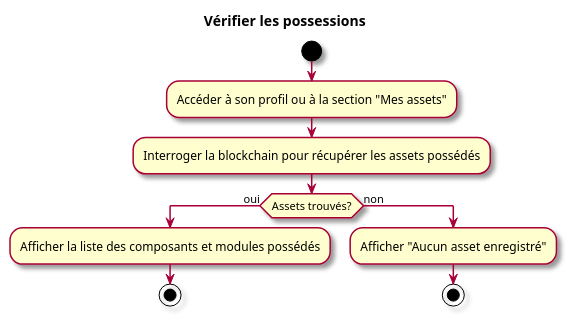
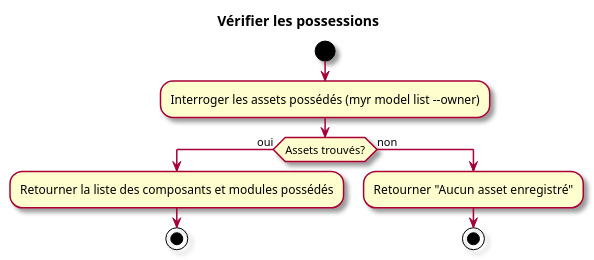
Before and after one commit to olivaux/myr: the second of 2 diagrams in specs/1-Expression/UCA-Compte_et_Acces/UCA06.md, drawn with PlantUML. The commit also changed other lines of this file and 65 other files, not shown here.

````diff
--- a/specs/1-Expression/UCA-Compte_et_Acces/UCA06.md
+++ b/specs/1-Expression/UCA-Compte_et_Acces/UCA06.md
@@ -57,16 +57,15 @@
 ```plantuml
 @startuml
 skin rose
 title Vérifier les possessions
 start
-:Accéder à son profil ou à la section "Mes assets";
-:Interroger la blockchain pour récupérer les assets possédés;
+:Interroger les assets possédés (myr model list --owner);
 if (Assets trouvés?) then (oui)
-  :Afficher la liste des composants et modules possédés;
+  :Retourner la liste des composants et modules possédés;
   stop
 else (non)
-  :Afficher "Aucun asset enregistré";
+  :Retourner "Aucun asset enregistré";
   stop
 endif
 @enduml
 ```
````
